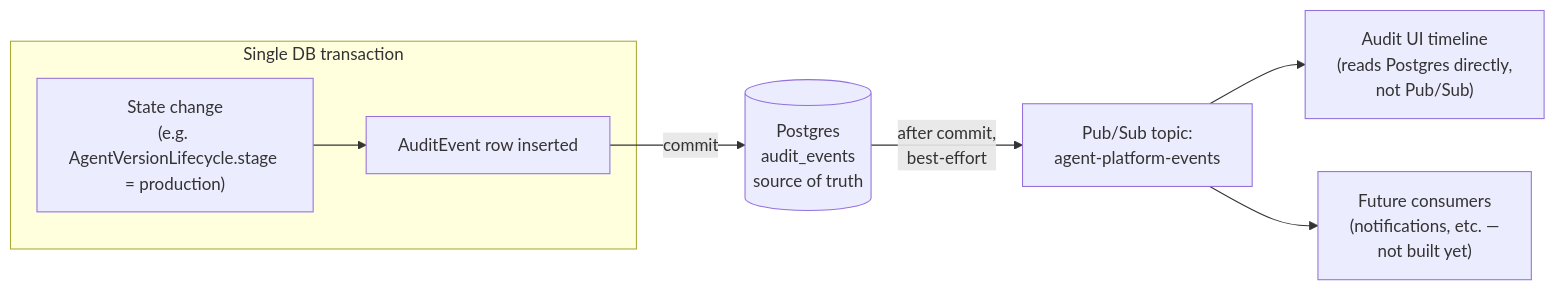
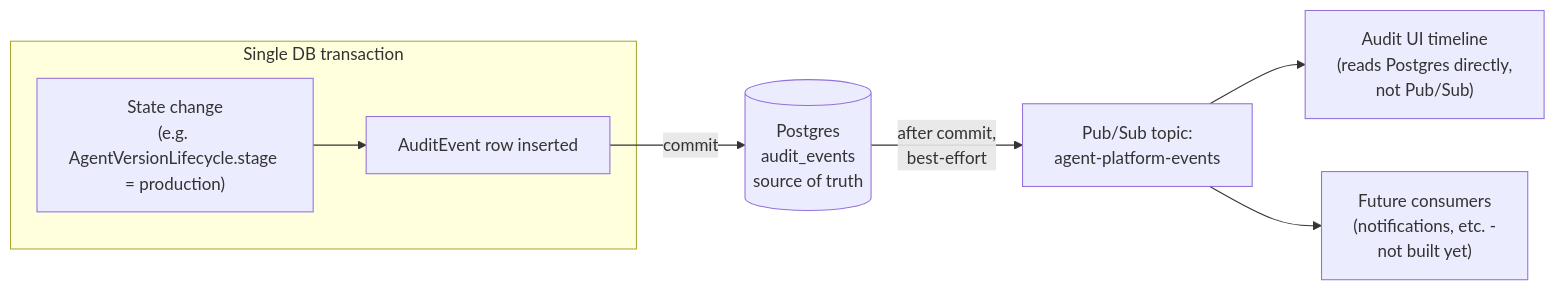
Before and after one commit to fegbewunmi/agent-developer-platform: the diagram in docs/audit-model.md, drawn with Mermaid. The commit also changed other lines of this file and 80 other files, not shown here.

Commit message:
Phase 1: core domain schema, auth, Orion Commerce seed org

````diff
--- a/docs/audit-model.md
+++ b/docs/audit-model.md
@@ -34,10 +34,10 @@
 ```mermaid
 flowchart LR
     subgraph TX["Single DB transaction"]
         A["State change\n(e.g. AgentVersionLifecycle.stage = production)"] --> B["AuditEvent row inserted"]
     end
     B -- "commit" --> C[(Postgres\naudit_events\nsource of truth)]
     C -- "after commit,\nbest-effort" --> D["Pub/Sub topic:\nagent-platform-events"]
     D --> E["Audit UI timeline\n(reads Postgres directly,\nnot Pub/Sub)"]
-    D --> F["Future consumers\n(notifications, etc. —\nnot built yet)"]
+    D --> F["Future consumers\n(notifications, etc. -\nnot built yet)"]
 ```
````
